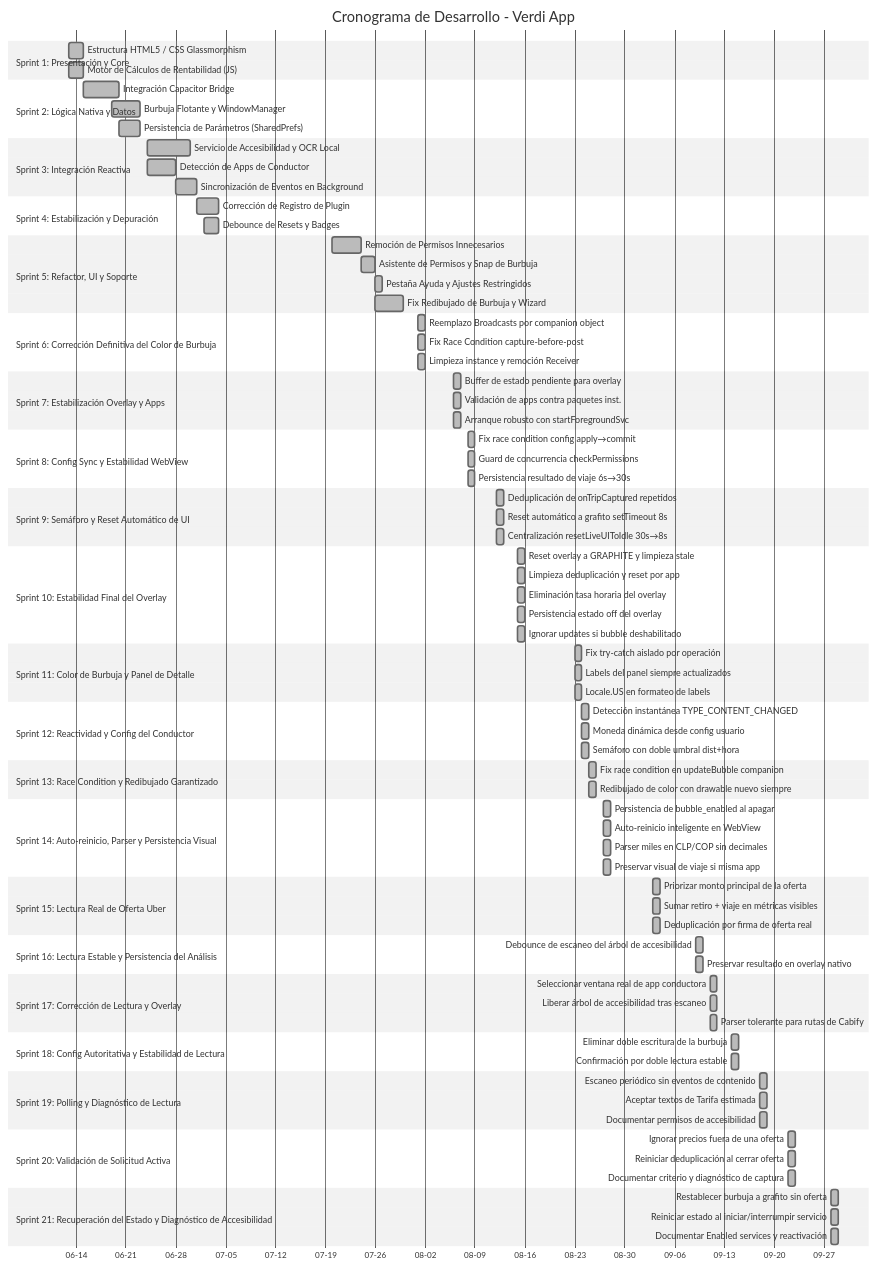
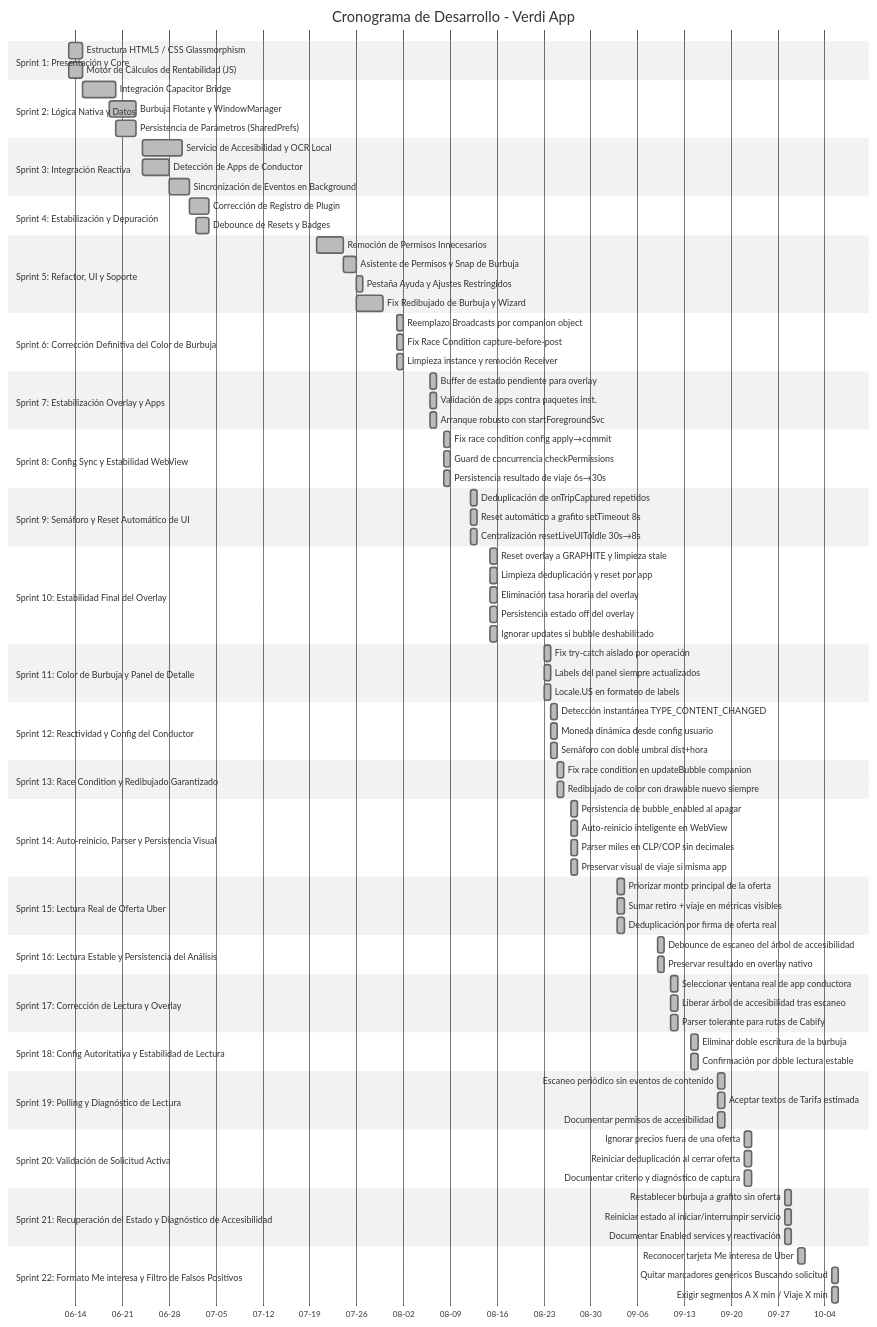
The diagram in CRONOGRAMA_DESARROLLO.md (JorgeFreire95/Verdi), drawn with Mermaid (neutral theme) before and after one commit. The commit also changed other lines of this file and 2 other files, not shown here.

````diff
--- a/CRONOGRAMA_DESARROLLO.md
+++ b/CRONOGRAMA_DESARROLLO.md
@@ -117,4 +117,9 @@
     Restablecer burbuja a grafito sin oferta    :done, s21a, 2026-09-28, 1d
     Reiniciar estado al iniciar/interrumpir servicio :done, s21b, 2026-09-28, 1d
     Documentar Enabled services y reactivación :done, s21c, 2026-09-28, 1d
+
+    section Sprint 22: Formato Me interesa y Filtro de Falsos Positivos
+    Reconocer tarjeta Me interesa de Uber       :done, s22a, 2026-09-30, 1d
+    Quitar marcadores genéricos Buscando solicitud :done, s22b, 2026-10-05, 1d
+    Exigir segmentos A X min / Viaje X min      :done, s22c, 2026-10-05, 1d
 ```
````
